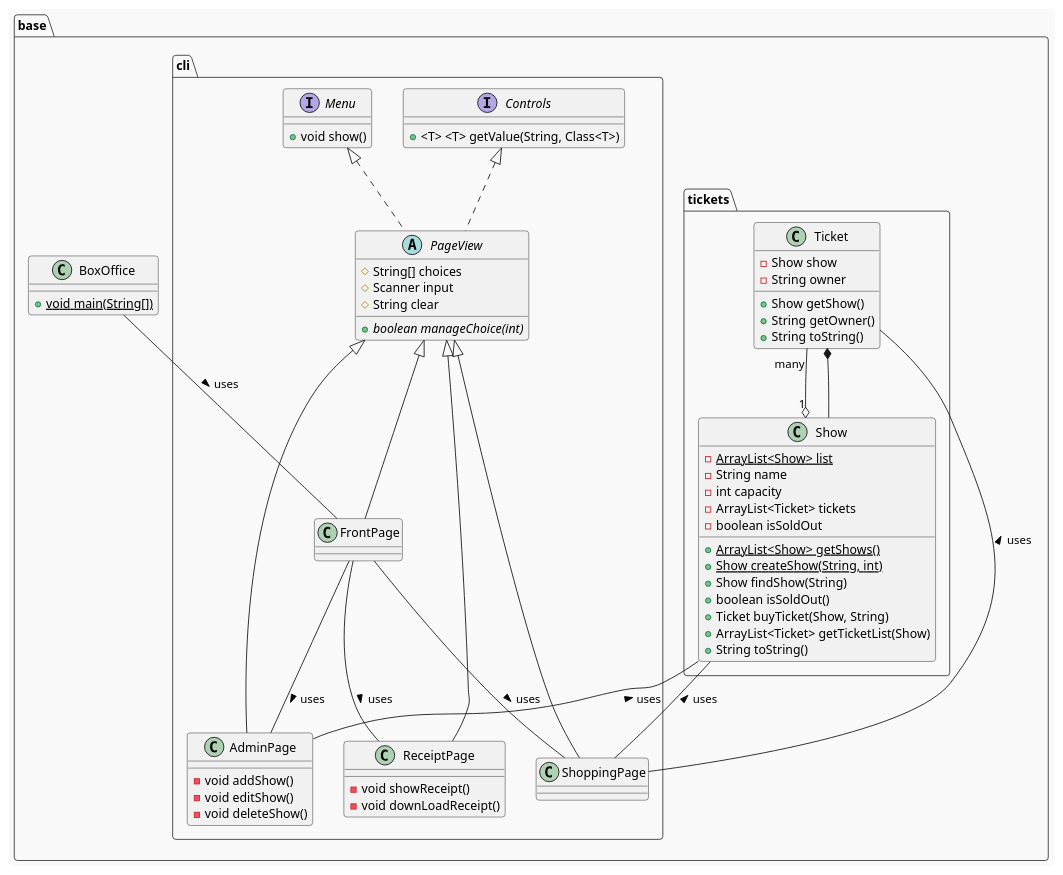
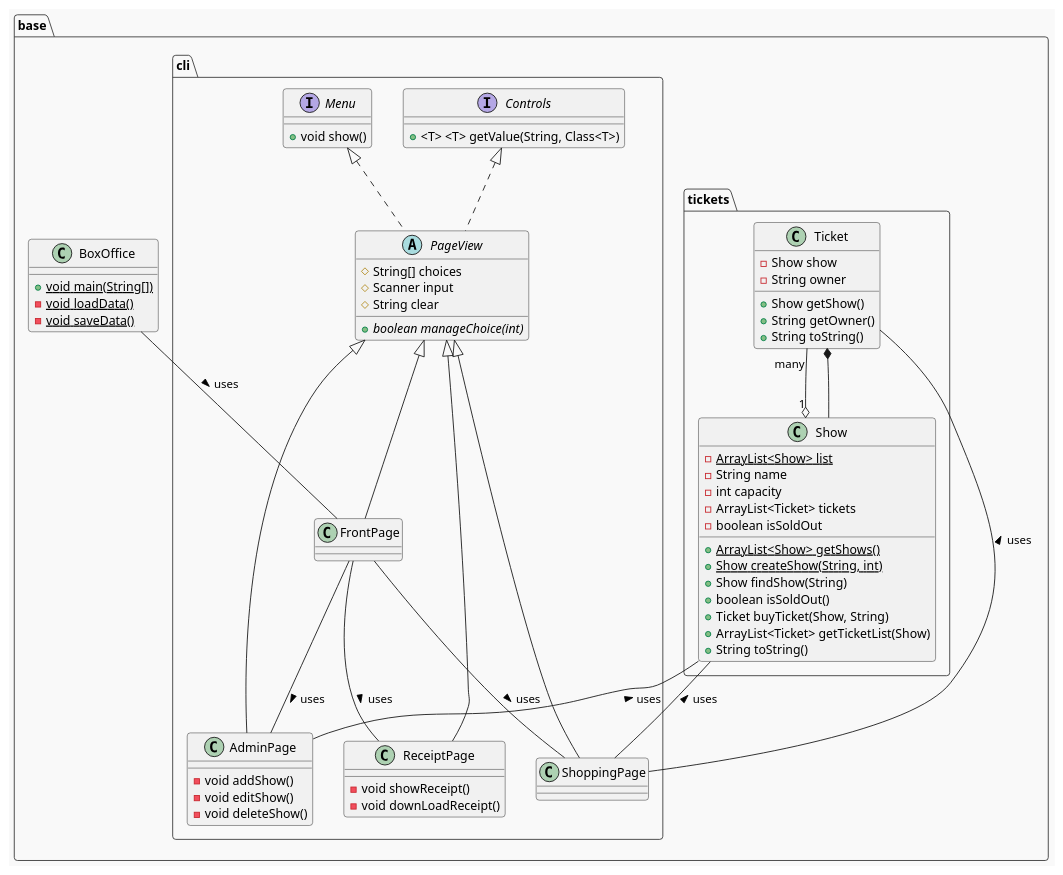
One commit to physcrowley/BoxOffice changed the diagram in structure.puml. Above: the diagram before and after it, drawn with PlantUML. The commit also changed 1 other file, not shown here.

```diff
--- a/structure.puml
+++ b/structure.puml
@@ -3,81 +3,83 @@
 @startuml structure
 
 /' https://plantuml.com/fr/theme
 favoris : mars, plain, amiga, crt-green, sketchy '/
 !theme mars
 
 /' https://plantuml.com/fr/class-diagram '/
 
 /' objets '/
 package base {
     package base.cli {
 
         interface Controls {
             + <T> <T> getValue(String, Class<T>)
         }
         interface Menu{
             + void show()
         }
         abstract class PageView implements Menu, Controls {
             # String[] choices 
             # Scanner input
             # String clear
             + {abstract} boolean manageChoice(int)
         }
         class FrontPage extends PageView
         class AdminPage extends PageView {
             - void addShow()
             - void editShow()
             - void deleteShow()
         }
         class ShoppingPage extends PageView
         class ReceiptPage extends PageView {
             - void showReceipt()
             - void downLoadReceipt()
         }
 
         FrontPage -- AdminPage : > uses
         FrontPage -- ShoppingPage : > uses
         FrontPage -- ReceiptPage : > uses
 
     }
 
     package base.tickets {
         class Ticket {
             - Show show
             - String owner
             + Show getShow()
             + String getOwner()
             + String toString()
         }
         class Show {
             - {static} ArrayList<Show> list
             - String name
             - int capacity
             - ArrayList<Ticket> tickets
             - boolean isSoldOut
             + {static} ArrayList<Show> getShows()
             + {static} Show createShow(String, int)
             + Show findShow(String)
             + boolean isSoldOut()
             + Ticket buyTicket(Show, String)
             + ArrayList<Ticket> getTicketList(Show)
             + String toString()
         }
 
         Ticket "many" --o "1"  Show
         Ticket *-- Show
     }
 
     class BoxOffice {
         + {static} void main(String[])
+        - {static} void loadData()
+        - {static} void saveData()
     }
 
     BoxOffice -- FrontPage : > uses
     Show -- AdminPage : < uses
     Show -- ShoppingPage : < uses
     Ticket -- ShoppingPage : < uses
 
 }
 
 @enduml
```
